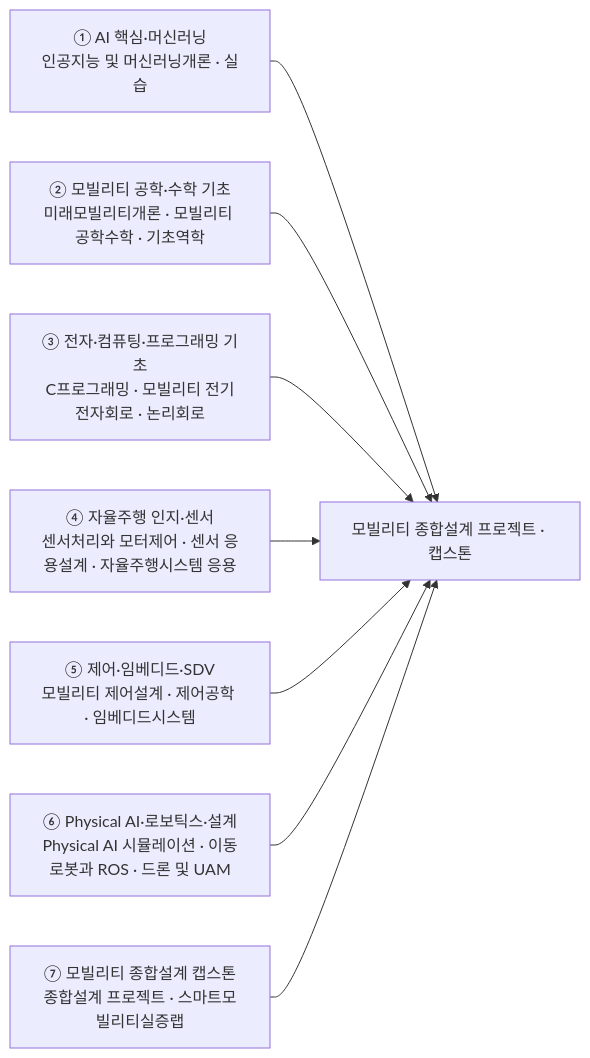
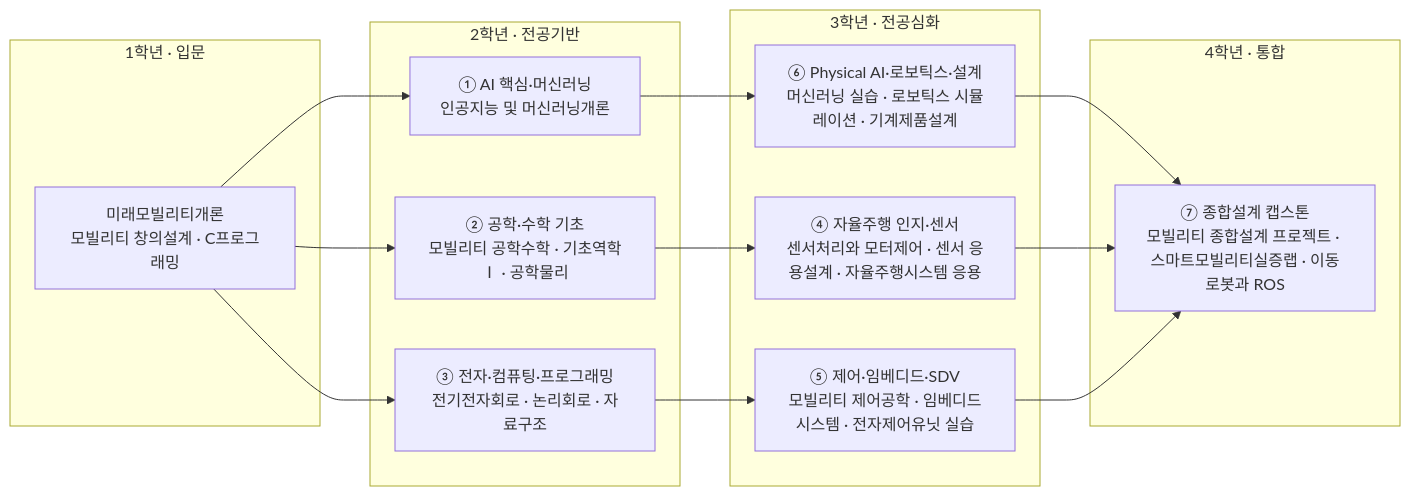
One commit to parclab-hsu/ai-curriculum-2026 changed the diagram in docs/ai/future-mobility.md. Above: the diagram before and after it, drawn with Mermaid. The commit also changed other lines of this file, not shown here.

Commit message:
미래모빌리티 모듈 다이어그램 강화(샘플): 1~4학년 로드맵 + 역량 매핑
- 모듈→캡스톤 단순 도식을 학년별(1~4) 모듈 로드맵으로 교체
- 모듈 핵심역량 ↔ 기업 요구역량(4장) 매핑표 추가
- 24개 일괄 적용 전 형식 확인용 샘플

````diff
--- a/docs/ai/future-mobility.md
+++ b/docs/ai/future-mobility.md
@@ -150,11 +152,22 @@
 ```mermaid
 flowchart LR
-  M1["① AI 핵심·머신러닝<br/>인공지능 및 머신러닝개론 · 실습"] --> CAP
-  M2["② 모빌리티 공학·수학 기초<br/>미래모빌리티개론 · 모빌리티 공학수학 · 기초역학"] --> CAP
-  M3["③ 전자·컴퓨팅·프로그래밍 기초<br/>C프로그래밍 · 모빌리티 전기전자회로 · 논리회로"] --> CAP
-  M4["④ 자율주행 인지·센서<br/>센서처리와 모터제어 · 센서 응용설계 · 자율주행시스템 응용"] --> CAP
-  M5["⑤ 제어·임베디드·SDV<br/>모빌리티 제어설계 · 제어공학 · 임베디드시스템"] --> CAP
-  M6["⑥ Physical AI·로보틱스·설계<br/>Physical AI 시뮬레이션 · 이동로봇과 ROS · 드론 및 UAM"] --> CAP
-  M7["⑦ 모빌리티 종합설계 캡스톤<br/>종합설계 프로젝트 · 스마트모빌리티실증랩"] --> CAP
-  CAP["모빌리티 종합설계 프로젝트 · 캡스톤"]
+  subgraph Y1["1학년 · 입문"]
+    A0["미래모빌리티개론<br/>모빌리티 창의설계 · C프로그래밍"]
+  end
+  subgraph Y2["2학년 · 전공기반"]
+    M1["① AI 핵심·머신러닝<br/>인공지능 및 머신러닝개론"]
+    M2["② 공학·수학 기초<br/>모빌리티 공학수학 · 기초역학Ⅰ · 공학물리"]
+    M3["③ 전자·컴퓨팅·프로그래밍<br/>전기전자회로 · 논리회로 · 자료구조"]
+  end
+  subgraph Y3["3학년 · 전공심화"]
+    M4["④ 자율주행 인지·센서<br/>센서처리와 모터제어 · 센서 응용설계 · 자율주행시스템 응용"]
+    M5["⑤ 제어·임베디드·SDV<br/>모빌리티 제어공학 · 임베디드시스템 · 전자제어유닛 실습"]
+    M6["⑥ Physical AI·로보틱스·설계<br/>머신러닝 실습 · 로보틱스 시뮬레이션 · 기계제품설계"]
+  end
+  subgraph Y4["4학년 · 통합"]
+    CAP["⑦ 종합설계 캡스톤<br/>모빌리티 종합설계 프로젝트 · 스마트모빌리티실증랩 · 이동로봇과 ROS"]
+  end
+  A0 --> M1 --> M6 --> CAP
+  A0 --> M2 --> M4 --> CAP
+  A0 --> M3 --> M5 --> CAP
 ```
````
